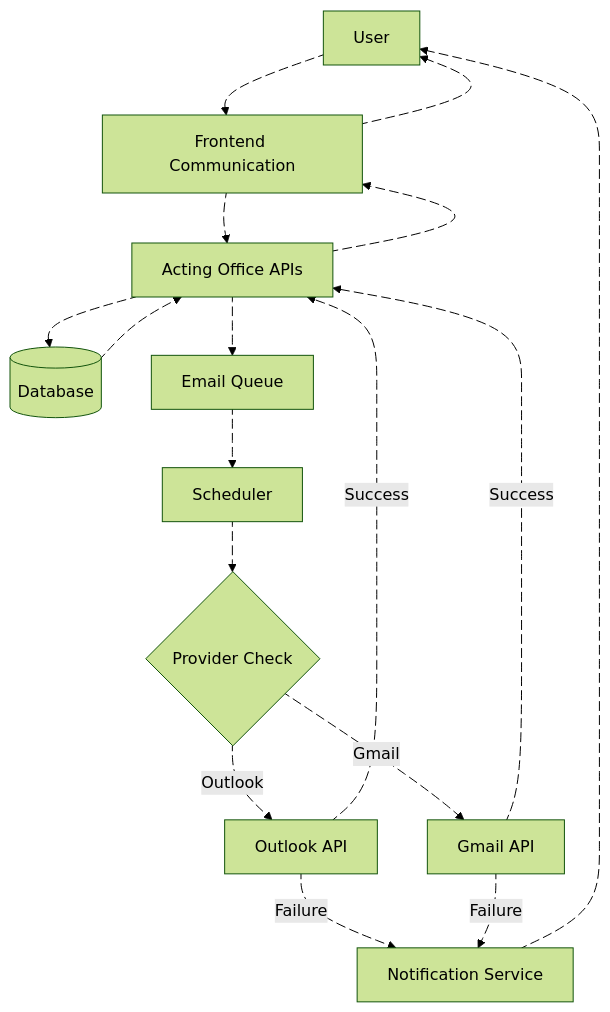
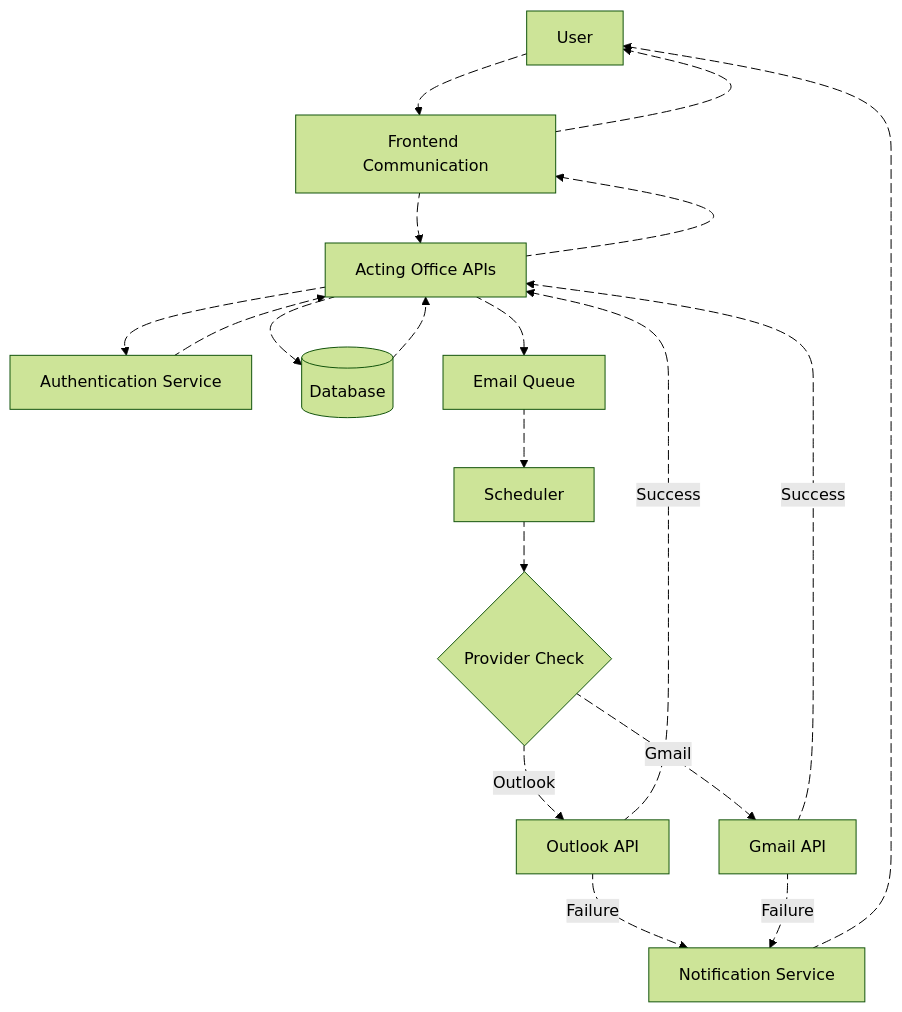
Before and after one commit to Harshita-capsitech/EmailDocs: the third of 12 diagrams in overAll.md, drawn with Mermaid (forest theme). The commit also changed other lines of this file, not shown here.

````diff
--- a/overAll.md
+++ b/overAll.md
@@ -166,43 +186,76 @@
 ```mermaid
 graph TD
-    U[User] edge1@--> FE[Frontend Communication]
-    FE edge2@--> API[Acting Office APIs]
-    
-    API edge3@--> DB[(Database)]
-    DB edge4@--> API
-    
-    API edge5@--> Q[Email Queue]
-    Q edge6@--> S[Scheduler]
-    
-    S edge7@--> P{Provider Check}
-    P edge8@-->|Outlook| O[Outlook API]
-    P edge9@-->|Gmail| G[Gmail API]
-    
-    O edge10@-->|Success| API
-    G edge11@-->|Success| API
-    
-    O edge12@-->|Failure| NS[Notification Service]
-    G edge13@-->|Failure| NS
-    
-    NS edge14@--> U
-    API edge15@--> FE
-    FE edge16@--> U
+    %% Actors
+    U[User]
+    FE[Frontend Communication]
 
+    %% Core Services
+    API[Acting Office APIs]
+    AS[Authentication Service]
+
+    %% Infrastructure
+    DB[(Database)]
+    Q[Email Queue]
+    S[Scheduler]
+
+    %% Providers
+    P{Provider Check}
+    O[Outlook API]
+    G[Gmail API]
+
+    %% Notification
+    NS[Notification Service]
+
+    %% User flow
+    U edge1@--> FE
+    FE edge2@--> API
+
+    %% 🔐 Authentication (same pattern)
+    API edge3@--> AS
+    AS edge4@--> API
+
+    %% Data access
+    API edge5@--> DB
+    DB edge6@--> API
+
+    %% Queue processing
+    API edge7@--> Q
+    Q edge8@--> S
+
+    %% Provider selection
+    S edge9@--> P
+    P edge10@-->|Outlook| O
+    P edge11@-->|Gmail| G
+
+    %% Provider responses
+    O edge12@-->|Success| API
+    G edge13@-->|Success| API
+
+    O edge14@-->|Failure| NS
+    G edge15@-->|Failure| NS
+
+    %% Notification + response
+    NS edge16@--> U
+    API edge17@--> FE
+    FE edge18@--> U
+
+    %% Animations
     edge1@{ animate: fast }
     edge2@{ animate: fast }
     edge3@{ animate: fast }
     edge4@{ animate: fast }
     edge5@{ animate: fast }
     edge6@{ animate: fast }
     edge7@{ animate: fast }
     edge8@{ animate: fast }
     edge9@{ animate: fast }
     edge10@{ animate: fast }
     edge11@{ animate: fast }
     edge12@{ animate: fast }
     edge13@{ animate: fast }
     edge14@{ animate: fast }
     edge15@{ animate: fast }
     edge16@{ animate: fast }
-
+    edge17@{ animate: fast }
+    edge18@{ animate: fast }
 ```
````
